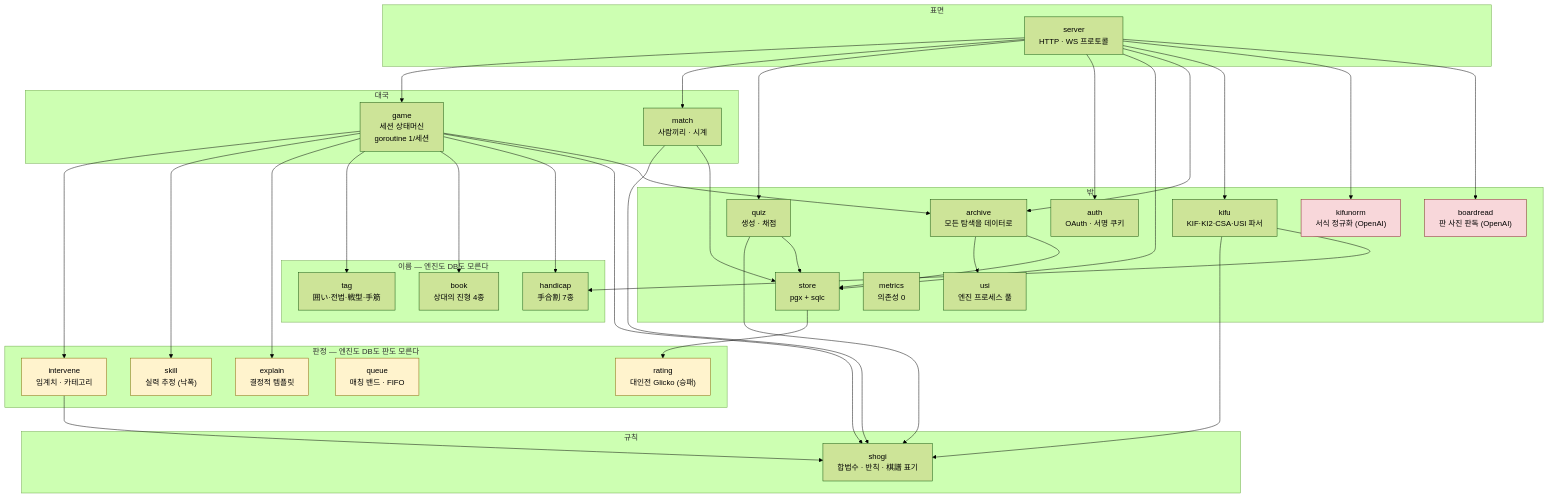
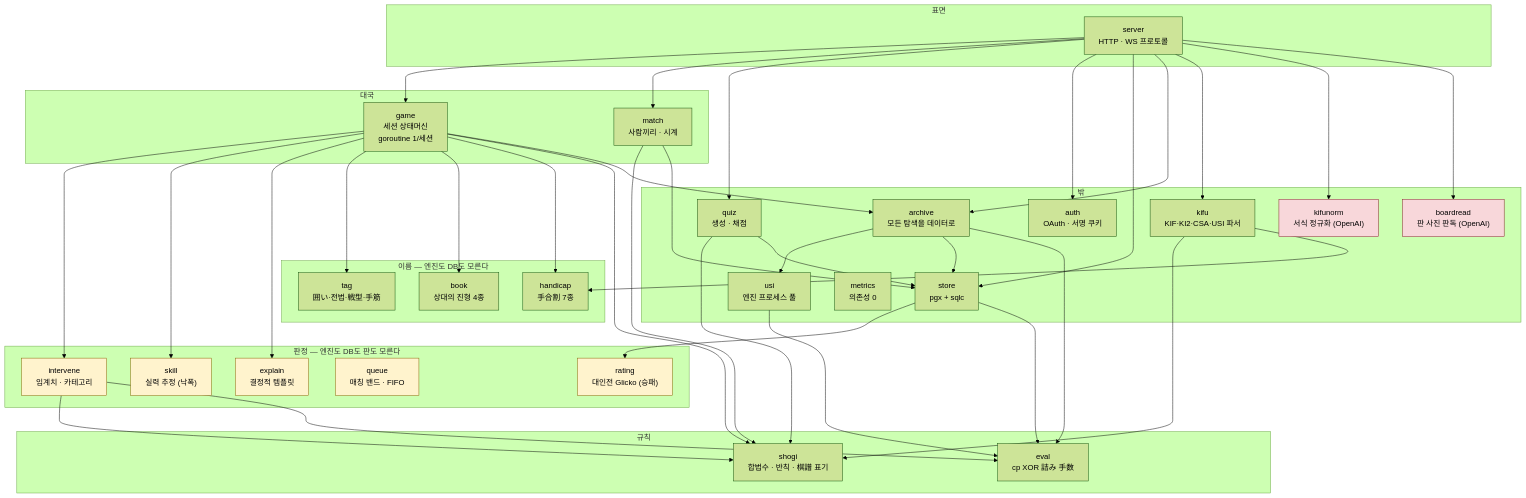
The second of 8 diagrams in docs/spec/architecture.md (jovid18/show-gi), drawn with Mermaid (forest theme) before and after one commit. The commit also changed other lines of this file and 94 other files, not shown here.

````diff
--- a/docs/spec/architecture.md
+++ b/docs/spec/architecture.md
@@ -53,58 +53,61 @@
 ```mermaid
 flowchart TB
     subgraph edge["표면"]
         SV["server<br/>HTTP · WS 프로토콜"]
     end
 
     subgraph core["대국"]
         GM["game<br/>세션 상태머신<br/>goroutine 1/세션"]
         MT["match<br/>사람끼리 · 시계"]
     end
 
     subgraph judge["판정 — 엔진도 DB도 판도 모른다"]
         IV["intervene<br/>임계치 · 카테고리"]
         SK["skill<br/>실력 추정 (낙폭)"]
         RT["rating<br/>대인전 Glicko (승패)"]
         QU["queue<br/>매칭 밴드 · FIFO"]
         EX["explain<br/>결정적 템플릿"]
     end
 
     subgraph know["이름 — 엔진도 DB도 모른다"]
         TG["tag<br/>囲い·전법·戦型·手筋"]
         BK["book<br/>상대의 진형 4종"]
         HC["handicap<br/>手合割 7종"]
     end
 
     subgraph rules["규칙"]
         SH["shogi<br/>합법수 · 반칙 · 棋譜 표기"]
+        EV["eval<br/>cp XOR 詰み 手数"]
     end
 
     subgraph io["밖"]
         AR["archive<br/>모든 탐색을 데이터로"]
         US["usi<br/>엔진 프로세스 풀"]
         ST["store<br/>pgx + sqlc"]
         AU["auth<br/>OAuth · 서명 쿠키"]
         MX["metrics<br/>의존성 0"]
         QZ["quiz<br/>생성 · 채점"]
         KF["kifu<br/>KIF·KI2·CSA·USI 파서"]
         KN["kifunorm<br/>서식 정규화 (OpenAI)"]
         BR["boardread<br/>판 사진 판독 (OpenAI)"]
     end
 
     SV --> GM & MT & QZ & AU & ST & AR & KF & KN & BR
     GM --> IV & SK & EX & TG & BK & HC & SH & AR
     MT --> SH & ST
     ST --> RT
-    IV --> SH
-    AR --> US & ST
+    IV --> SH & EV
+    AR --> US & ST & EV
+    US --> EV
+    ST --> EV
     QZ --> SH & ST
     KF --> SH & HC
 
     style IV fill:#fff3cd,stroke:#856404
     style SK fill:#fff3cd,stroke:#856404
     style EX fill:#fff3cd,stroke:#856404
     style RT fill:#fff3cd,stroke:#856404
     style QU fill:#fff3cd,stroke:#856404
     style KN fill:#f8d7da,stroke:#842029
     style BR fill:#f8d7da,stroke:#842029
 ```
````
